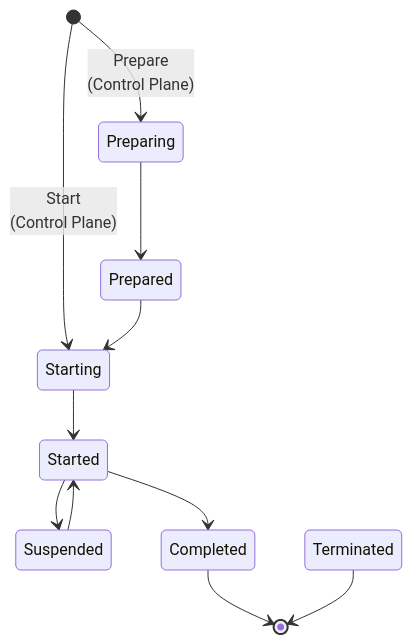
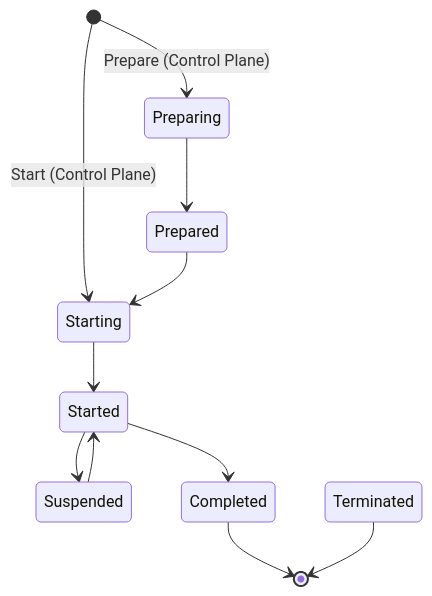
One commit to eclipse-dataplane-signaling/dataplane-signaling changed the first of 9 diagrams in specifications/signaling.md. Above: the diagram before and after it, drawn with Mermaid. The commit also changed other lines of this file and 1 other file, not shown here.

````diff
--- a/specifications/signaling.md
+++ b/specifications/signaling.md
@@ -65,13 +65,13 @@
 ```mermaid
 stateDiagram-v2
-    [*] --> Preparing: Prepare <br> (Control Plane)
-    [*] --> Starting: Start <br/> (Control Plane)
+    [*] --> Preparing: Prepare (Control Plane)
+    [*] --> Starting: Start (Control Plane)
     Preparing --> Prepared
     Prepared --> Starting
     Starting --> Started
     Started --> Suspended
     Started --> Completed
     Suspended --> Started
     Completed --> [*]
     Terminated --> [*]
 ```
````
